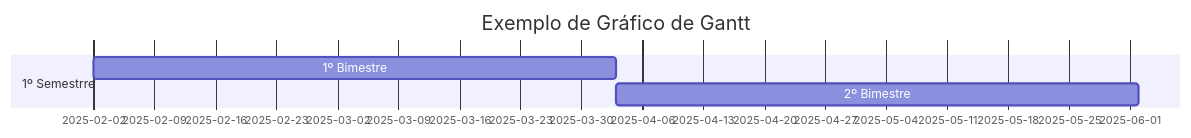
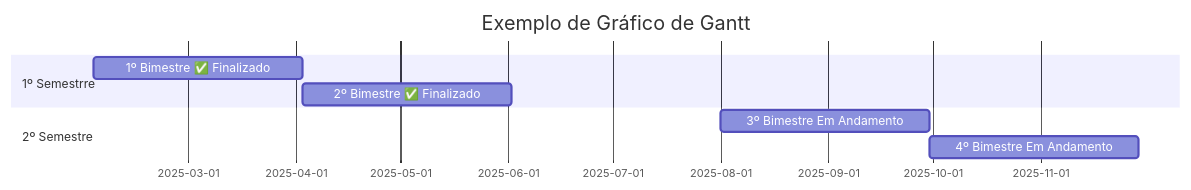
Before and after one commit to CristhianHatzman/grafico_g: the third of 3 diagrams in README.md, drawn with Mermaid.

````diff
--- a/README.md
+++ b/README.md
@@ -18,9 +18,11 @@
 ```mermaid
 gantt
   title Exemplo de Gráfico de Gantt
   dateFormat YYYY-MM-DD
   section 1º Semestrre
-  1º Bimestre :a1, 2025-02-02, 60d
-  2º Bimestre :a2, after a1, 60d
+  1º Bimestre ✅ Finalizado:a1, 2025-02-02, 60d
+  2º Bimestre ✅ Finalizado:a2, after a1, 60d
   section 2º Semestre
+  3º Bimestre Em Andamento: a3, 2025-08-01, 60d
+  4º Bimestre Em Andamento: a4, after a3, 60d
 ```
````
